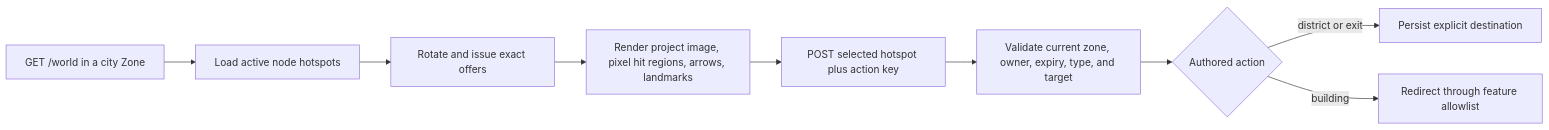
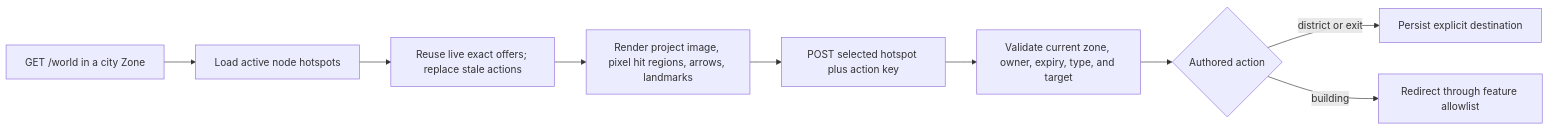
Before and after one commit to lukin-io/mmorpg: the diagram in doc/features/city.md, drawn with Mermaid. The commit also changed other lines of this file and 314 other files, not shown here.

````diff
--- a/doc/features/city.md
+++ b/doc/features/city.md
@@ -257,11 +291,11 @@
 ```mermaid
 flowchart LR
     A["GET /world in a city Zone"] --> B["Load active node hotspots"]
-    B --> C["Rotate and issue exact offers"]
+    B --> C["Reuse live exact offers; replace stale actions"]
     C --> D["Render project image, pixel hit regions, arrows, landmarks"]
     D --> E["POST selected hotspot plus action key"]
     E --> F["Validate current zone, owner, expiry, type, and target"]
     F --> G{"Authored action"}
     G -->|district or exit| H["Persist explicit destination"]
     G -->|building| I["Redirect through feature allowlist"]
 ```
````
